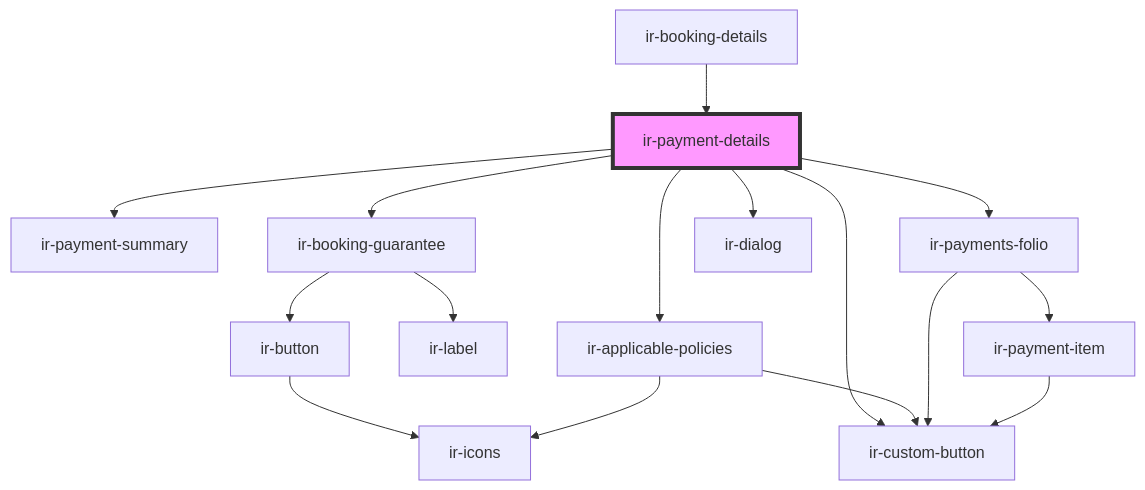
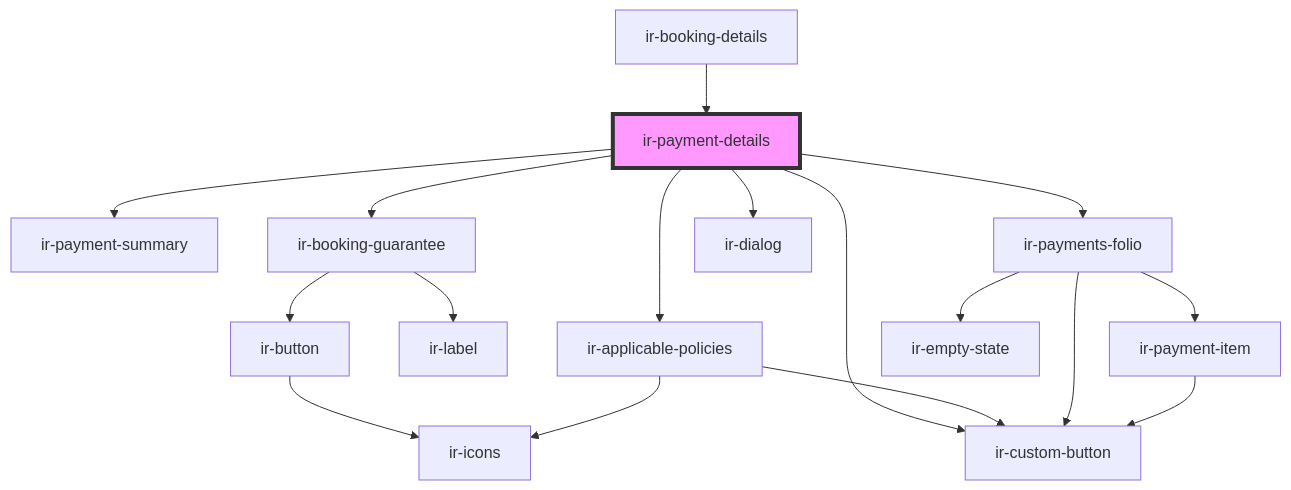
Before and after one commit to David1Chowaifaty/modified-ir-webcmp: the diagram in src/components/ir-booking-details/ir-payment-details/readme.md, drawn with Mermaid. The commit also changed 20 other files, not shown here.

````diff
--- a/src/components/ir-booking-details/ir-payment-details/readme.md
+++ b/src/components/ir-booking-details/ir-payment-details/readme.md
@@ -45,19 +45,20 @@
 ```mermaid
 graph TD;
   ir-payment-details --> ir-payment-summary
   ir-payment-details --> ir-booking-guarantee
   ir-payment-details --> ir-applicable-policies
   ir-payment-details --> ir-custom-button
   ir-payment-details --> ir-payments-folio
   ir-payment-details --> ir-dialog
   ir-booking-guarantee --> ir-label
   ir-booking-guarantee --> ir-button
   ir-button --> ir-icons
   ir-applicable-policies --> ir-custom-button
   ir-applicable-policies --> ir-icons
   ir-payments-folio --> ir-payment-item
+  ir-payments-folio --> ir-empty-state
   ir-payments-folio --> ir-custom-button
   ir-payment-item --> ir-custom-button
   ir-booking-details --> ir-payment-details
   style ir-payment-details fill:#f9f,stroke:#333,stroke-width:4px
 ```
````
